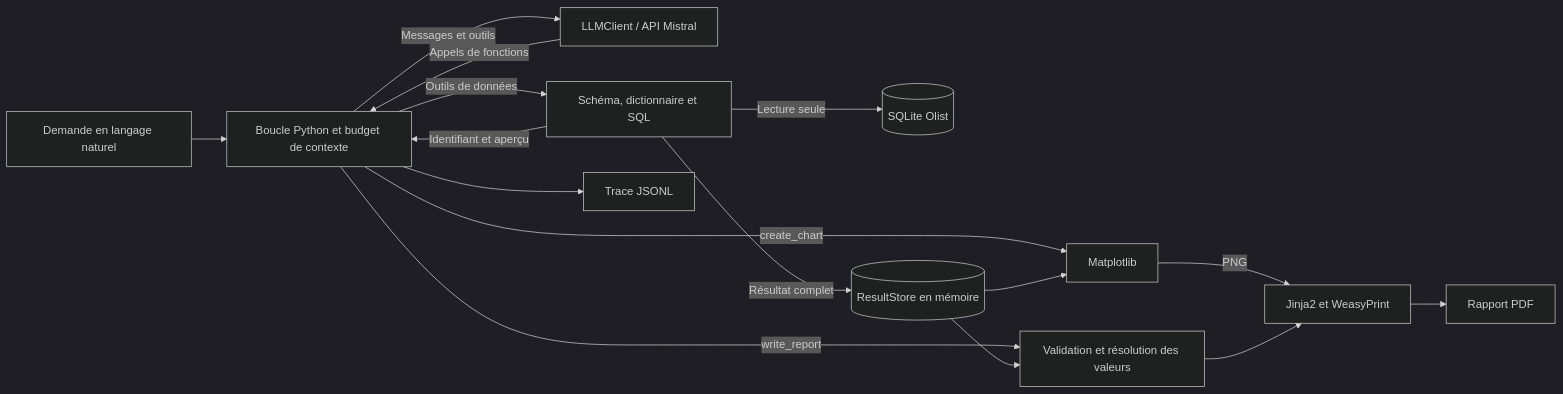
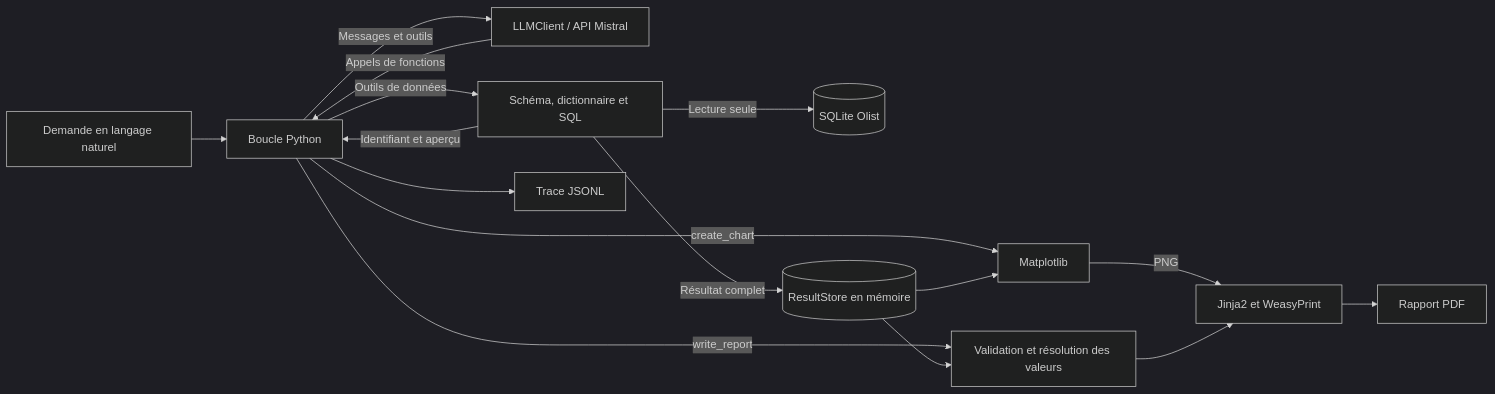
One commit to tangmomb/agent_sql_rapport changed the diagram in README.md. Above: the diagram before and after it, drawn with Mermaid (dark theme). The commit also changed other lines of this file and 15 other files, not shown here.

````diff
--- a/README.md
+++ b/README.md
@@ -188,18 +195,18 @@
 ```mermaid
 flowchart LR
-    CLI["Demande en langage naturel"] --> Agent["Boucle Python et budget de contexte"]
+    CLI["Demande en langage naturel"] --> Agent["Boucle Python"]
     Agent -->|"Messages et outils"| LLM["LLMClient / API Mistral"]
     LLM -->|"Appels de fonctions"| Agent
     Agent -->|"Outils de données"| SQL["Schéma, dictionnaire et SQL"]
     SQL -->|"Lecture seule"| DB[("SQLite Olist")]
     SQL -->|"Résultat complet"| Store[("ResultStore en mémoire")]
     SQL -->|"Identifiant et aperçu"| Agent
     Agent -->|"create_chart"| Chart["Matplotlib"]
     Store --> Chart
     Agent -->|"write_report"| Report["Validation et résolution des valeurs"]
     Store --> Report
     Chart -->|"PNG"| Render["Jinja2 et WeasyPrint"]
     Report --> Render
     Render --> PDF["Rapport PDF"]
     Agent --> Trace["Trace JSONL"]
 ```
````
